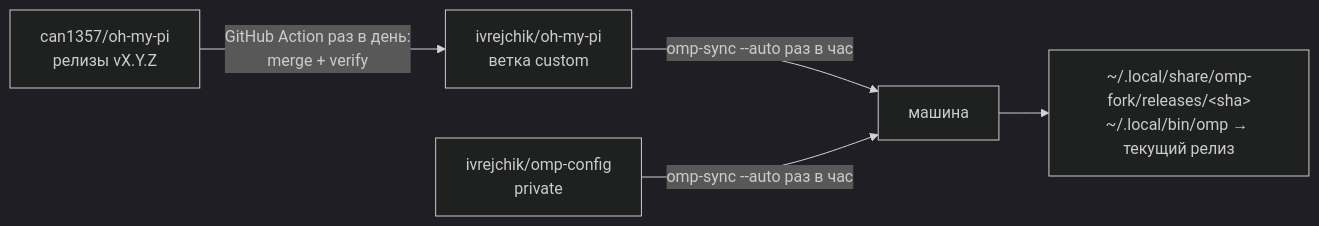
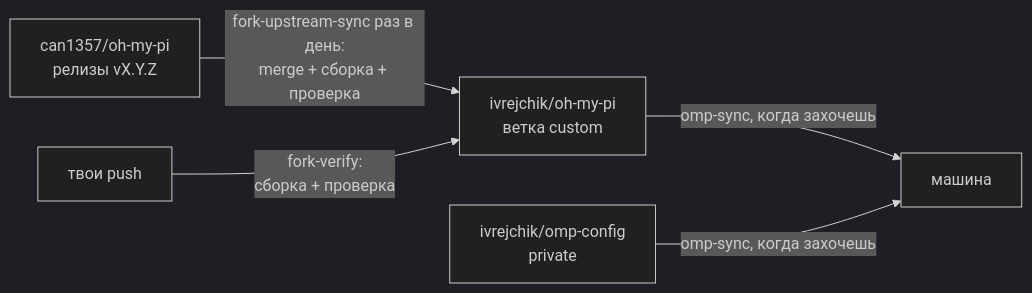
One commit to ivrejchik/oh-my-pi changed the diagram in .github/README.md. Above: the diagram before and after it, drawn with Mermaid (dark theme). The commit also changed other lines of this file and 1 other file, not shown here.

First line of the commit message:
ci(fork): build and verify every push to custom; sync machines on demand

````diff
--- a/.github/README.md
+++ b/.github/README.md
@@ -21,8 +21,8 @@
 ```mermaid
 flowchart LR
-  U["can1357/oh-my-pi<br/>релизы vX.Y.Z"] -->|"GitHub Action раз в день:<br/>merge + verify"| C["ivrejchik/oh-my-pi<br/>ветка custom"]
+  U["can1357/oh-my-pi<br/>релизы vX.Y.Z"] -->|"fork-upstream-sync раз в день:<br/>merge + сборка + проверка"| C["ivrejchik/oh-my-pi<br/>ветка custom"]
+  P["твои push"] -->|"fork-verify:<br/>сборка + проверка"| C
   K["ivrejchik/omp-config<br/>private"]
-  C -->|"omp-sync --auto раз в час"| M["машина"]
-  K -->|"omp-sync --auto раз в час"| M
-  M --> R["~/.local/share/omp-fork/releases/&lt;sha&gt;<br/>~/.local/bin/omp → текущий релиз"]
+  C -->|"omp-sync, когда захочешь"| M["машина"]
+  K -->|"omp-sync, когда захочешь"| M
 ```
````
